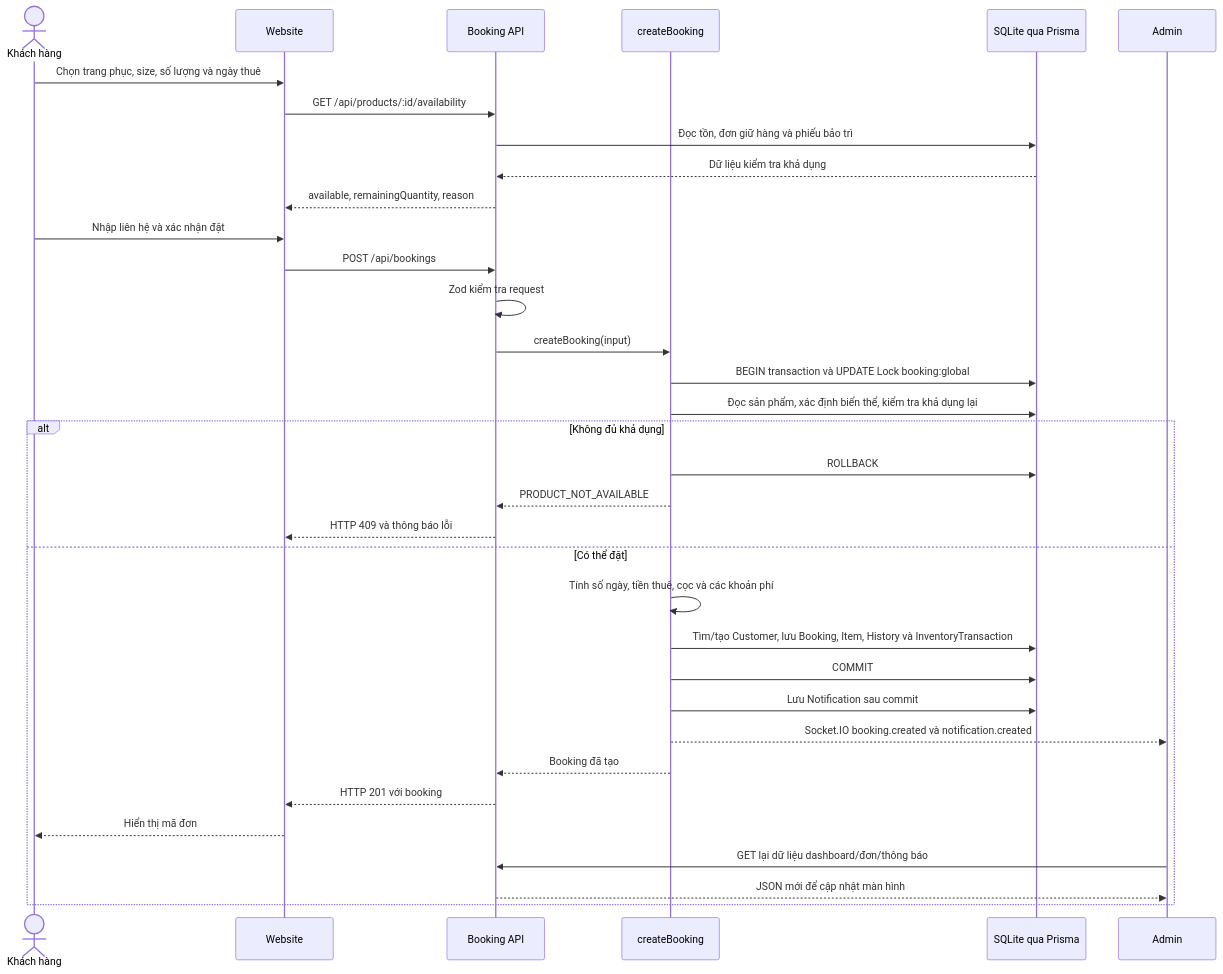
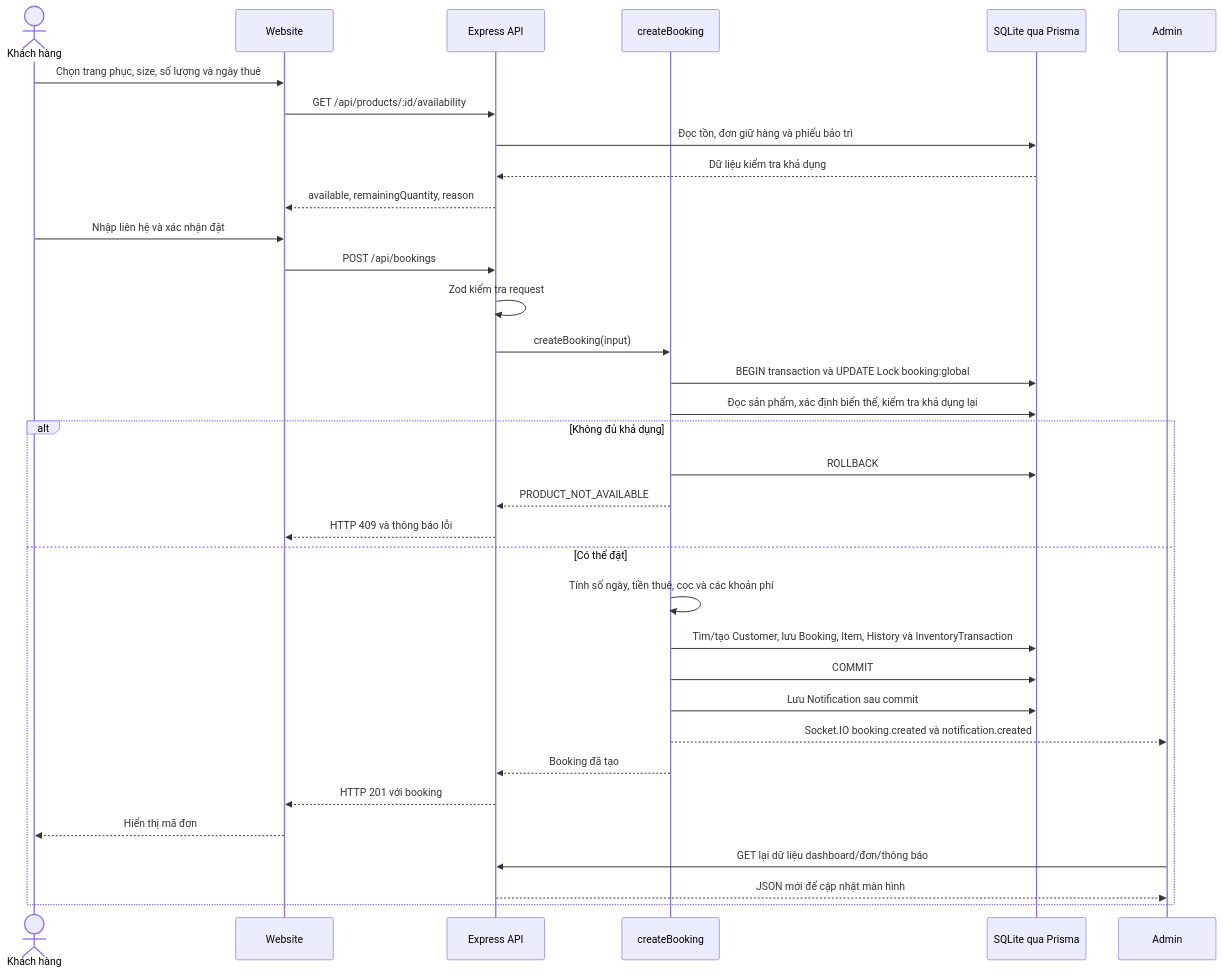
Before and after one commit to Hasaoxend/elan-fashion-rental: the seventh of 7 diagrams in README.md, drawn with Mermaid. The commit also changed other lines of this file, not shown here.

Commit message:
Add use case, booking state, and activity diagrams

````diff
--- a/README.md
+++ b/README.md
@@ -145,37 +296,37 @@
 ```mermaid
 sequenceDiagram
     actor Customer as Khách hàng
     participant Web as Website
-    participant API as Booking API
+    participant API as Express API
     participant Service as createBooking
     participant DB as SQLite qua Prisma
     participant Admin as Admin
 
     Customer->>Web: Chọn trang phục, size, số lượng và ngày thuê
     Web->>API: GET /api/products/:id/availability
     API->>DB: Đọc tồn, đơn giữ hàng và phiếu bảo trì
     DB-->>API: Dữ liệu kiểm tra khả dụng
     API-->>Web: available, remainingQuantity, reason
     Customer->>Web: Nhập liên hệ và xác nhận đặt
     Web->>API: POST /api/bookings
     API->>API: Zod kiểm tra request
     API->>Service: createBooking(input)
     Service->>DB: BEGIN transaction và UPDATE Lock booking:global
     Service->>DB: Đọc sản phẩm, xác định biến thể, kiểm tra khả dụng lại
     alt Không đủ khả dụng
         Service->>DB: ROLLBACK
         Service-->>API: PRODUCT_NOT_AVAILABLE
         API-->>Web: HTTP 409 và thông báo lỗi
     else Có thể đặt
         Service->>Service: Tính số ngày, tiền thuê, cọc và các khoản phí
         Service->>DB: Tìm/tạo Customer, lưu Booking, Item, History và InventoryTransaction
         Service->>DB: COMMIT
         Service->>DB: Lưu Notification sau commit
         Service-->>Admin: Socket.IO booking.created và notification.created
         Service-->>API: Booking đã tạo
         API-->>Web: HTTP 201 với booking
         Web-->>Customer: Hiển thị mã đơn
         Admin->>API: GET lại dữ liệu dashboard/đơn/thông báo
         API-->>Admin: JSON mới để cập nhật màn hình
     end
 ```
````
